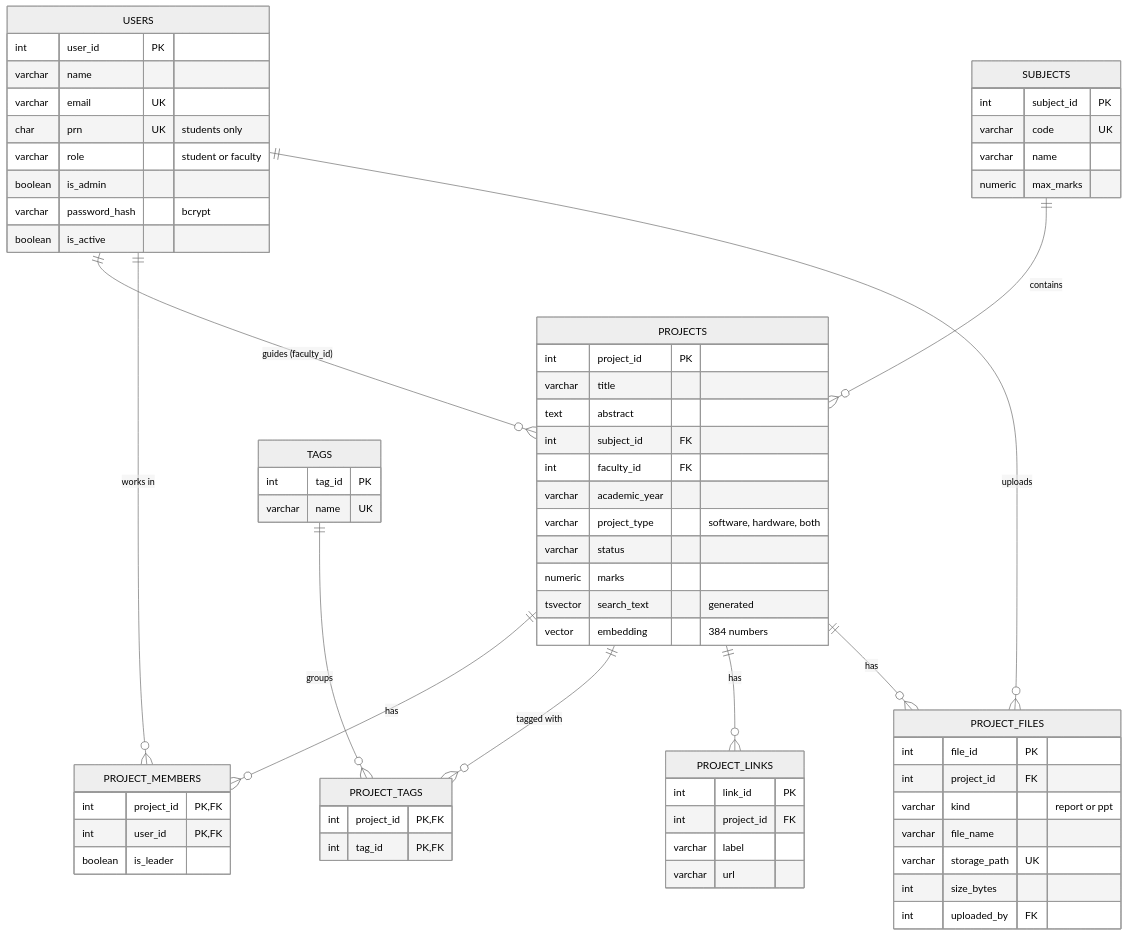
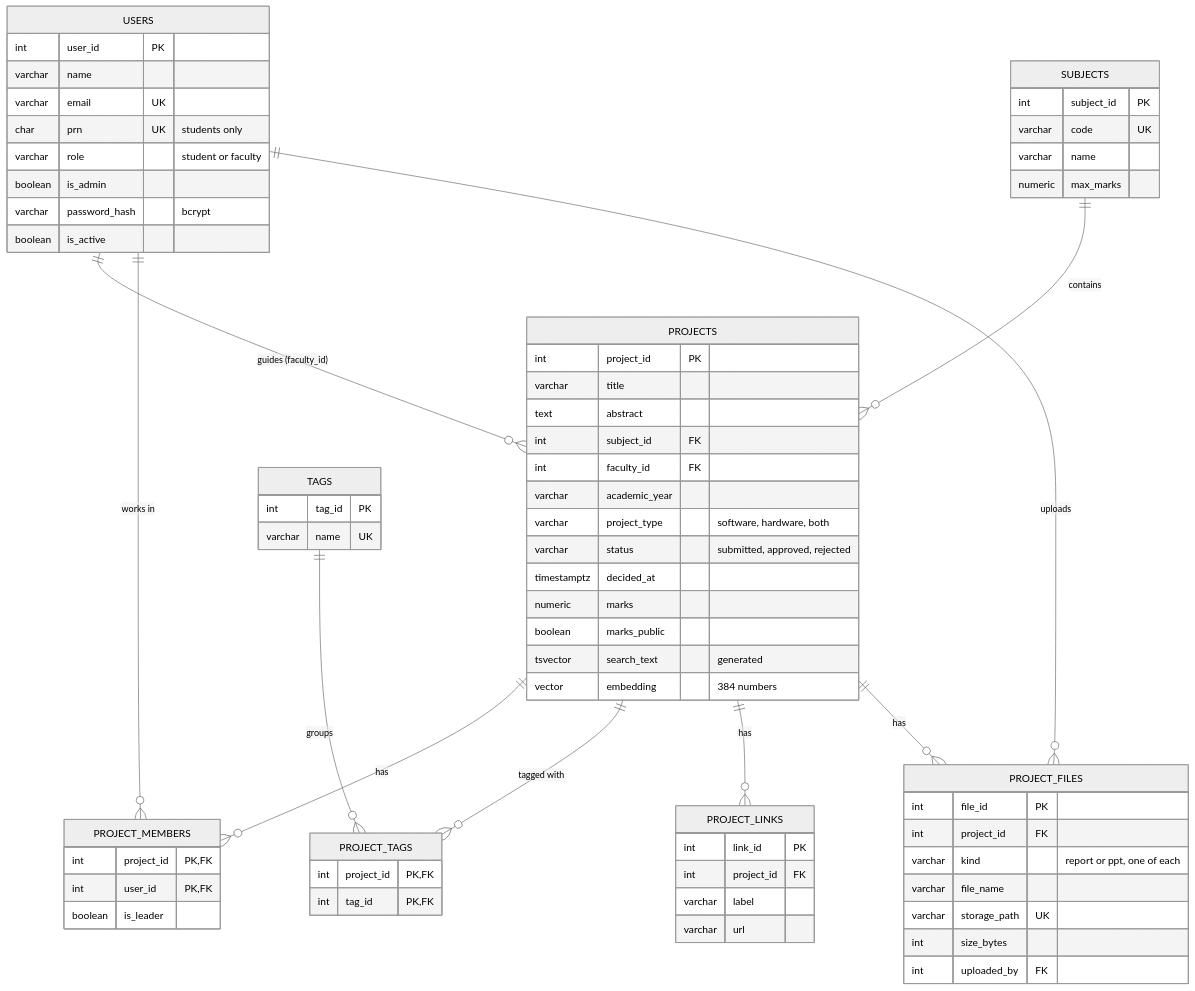
One commit to rohanbeingsocial/PBL-Tracker changed the diagram in README.md. Above: the diagram before and after it, drawn with Mermaid (neutral theme). The commit also changed other lines of this file and 25 other files, not shown here.

````diff
--- a/README.md
+++ b/README.md
@@ -70,70 +76,72 @@
 ```mermaid
 erDiagram
     USERS    ||--o{ PROJECTS : "guides (faculty_id)"
     SUBJECTS ||--o{ PROJECTS : contains
     PROJECTS ||--o{ PROJECT_MEMBERS : has
     USERS    ||--o{ PROJECT_MEMBERS : "works in"
     PROJECTS ||--o{ PROJECT_TAGS : "tagged with"
     TAGS     ||--o{ PROJECT_TAGS : groups
     PROJECTS ||--o{ PROJECT_LINKS : has
     PROJECTS ||--o{ PROJECT_FILES : has
     USERS    ||--o{ PROJECT_FILES : uploads
 
     USERS {
         int user_id PK
         varchar name
         varchar email UK
         char prn UK "students only"
         varchar role "student or faculty"
         boolean is_admin
         varchar password_hash "bcrypt"
         boolean is_active
     }
     SUBJECTS {
         int subject_id PK
         varchar code UK
         varchar name
         numeric max_marks
     }
     PROJECTS {
         int project_id PK
         varchar title
         text abstract
         int subject_id FK
         int faculty_id FK
         varchar academic_year
         varchar project_type "software, hardware, both"
-        varchar status
+        varchar status "submitted, approved, rejected"
+        timestamptz decided_at
         numeric marks
+        boolean marks_public
         tsvector search_text "generated"
         vector embedding "384 numbers"
     }
     PROJECT_MEMBERS {
         int project_id PK, FK
         int user_id PK, FK
         boolean is_leader
     }
     TAGS {
         int tag_id PK
         varchar name UK
     }
     PROJECT_TAGS {
         int project_id PK, FK
         int tag_id PK, FK
     }
     PROJECT_LINKS {
         int link_id PK
         int project_id FK
         varchar label
         varchar url
     }
     PROJECT_FILES {
         int file_id PK
         int project_id FK
-        varchar kind "report or ppt"
+        varchar kind "report or ppt, one of each"
         varchar file_name
         varchar storage_path UK
         int size_bytes
         int uploaded_by FK
     }
 ```
````
